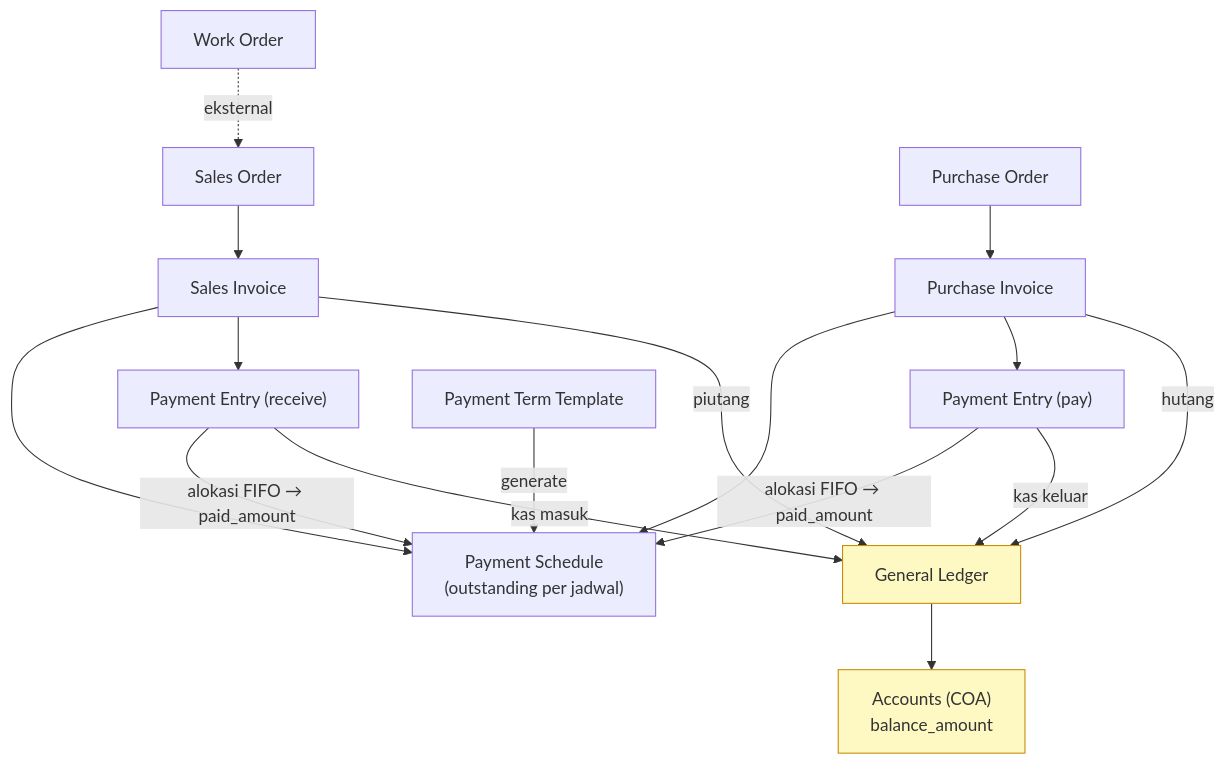
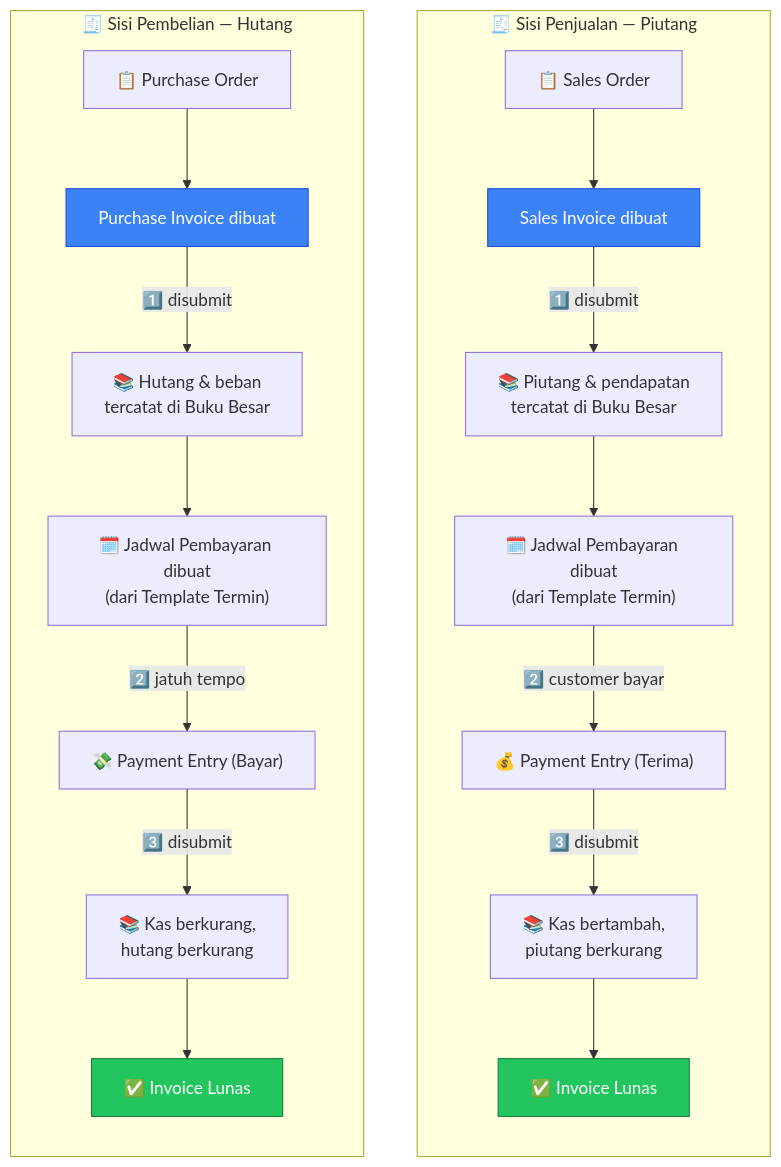
Before and after one commit to RimbunCode/erp_pataya: the first of 4 diagrams in docs/modules/finances.md, drawn with Mermaid. The commit also changed other lines of this file and 14 other files, not shown here.

````diff
--- a/docs/modules/finances.md
+++ b/docs/modules/finances.md
@@ -49,21 +41,27 @@
 ```mermaid
 flowchart TD
-    WO["Work Order"] -.->|"eksternal"| SO
-    SO["Sales Order"] --> SI["Sales Invoice"]
-    PO["Purchase Order"] --> PI["Purchase Invoice"]
-    SI -->|"piutang"| GL["General Ledger"]
-    PI -->|"hutang"| GL
-    SI --> PE_R["Payment Entry (receive)"]
-    PI --> PE_P["Payment Entry (pay)"]
-    PE_R -->|"kas masuk"| GL
-    PE_P -->|"kas keluar"| GL
-    PTT["Payment Term Template"] -->|"generate"| PS["Payment Schedule<br/>(outstanding per jadwal)"]
-    SI --> PS
-    PI --> PS
-    PE_R -->|"alokasi FIFO → paid_amount"| PS
-    PE_P -->|"alokasi FIFO → paid_amount"| PS
-    GL --> ACC["Accounts (COA)<br/>balance_amount"]
+    subgraph SISI["🧾 Sisi Penjualan — Piutang"]
+        direction TB
+        SO["📋 Sales Order"] --> SI["Sales Invoice dibuat"]
+        SI -->|"1️⃣ disubmit"| GL1["📚 Piutang & pendapatan<br/>tercatat di Buku Besar"]
+        GL1 --> PS1["🗓️ Jadwal Pembayaran dibuat<br/>(dari Template Termin)"]
+        PS1 -->|"2️⃣ customer bayar"| PE1["💰 Payment Entry (Terima)"]
+        PE1 -->|"3️⃣ disubmit"| GL2["📚 Kas bertambah,<br/>piutang berkurang"]
+        GL2 --> DONE1["✅ Invoice Lunas"]
+    end
 
-    classDef led fill:#fef9c3,stroke:#ca8a04;
-    class GL,ACC led;
+    subgraph SISB["🧾 Sisi Pembelian — Hutang"]
+        direction TB
+        PO["📋 Purchase Order"] --> PI["Purchase Invoice dibuat"]
+        PI -->|"1️⃣ disubmit"| GL3["📚 Hutang & beban<br/>tercatat di Buku Besar"]
+        GL3 --> PS2["🗓️ Jadwal Pembayaran dibuat<br/>(dari Template Termin)"]
+        PS2 -->|"2️⃣ jatuh tempo"| PE2["💸 Payment Entry (Bayar)"]
+        PE2 -->|"3️⃣ disubmit"| GL4["📚 Kas berkurang,<br/>hutang berkurang"]
+        GL4 --> DONE2["✅ Invoice Lunas"]
+    end
+
+    style SI fill:#3b82f6,stroke:#1d4ed8,color:#fff
+    style PI fill:#3b82f6,stroke:#1d4ed8,color:#fff
+    style DONE1 fill:#22c55e,stroke:#15803d,color:#fff
+    style DONE2 fill:#22c55e,stroke:#15803d,color:#fff
 ```
````
